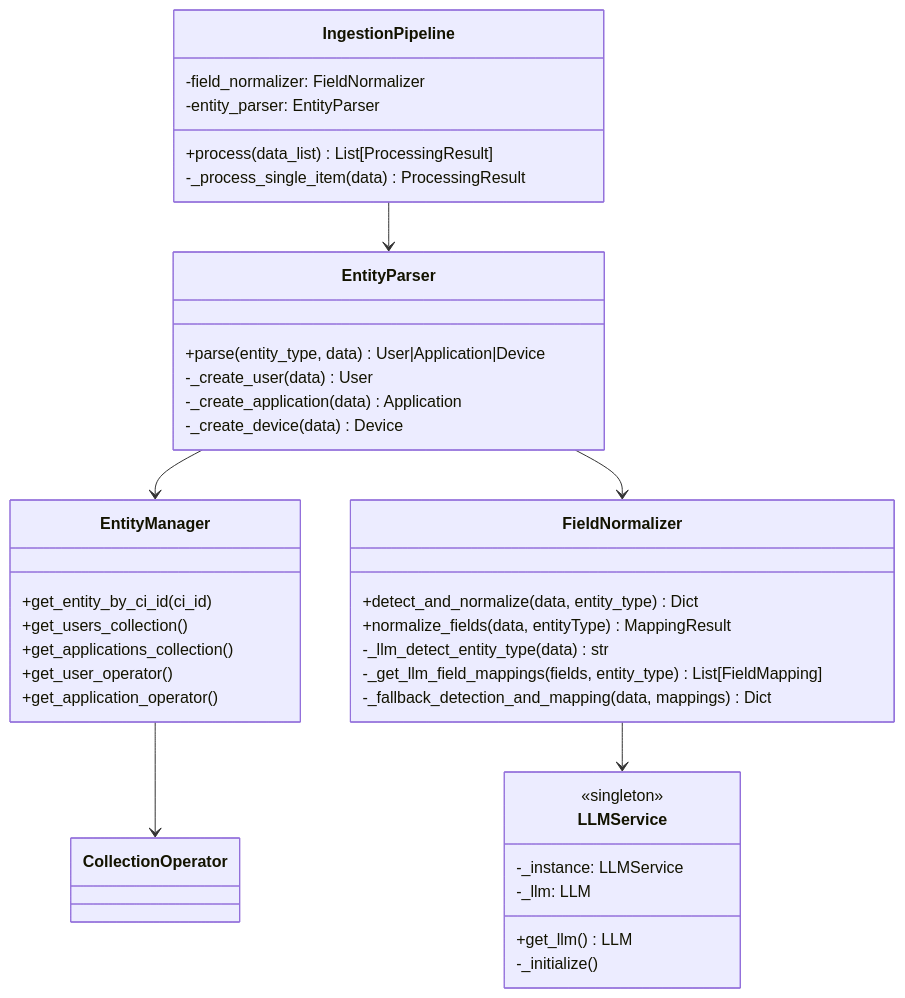
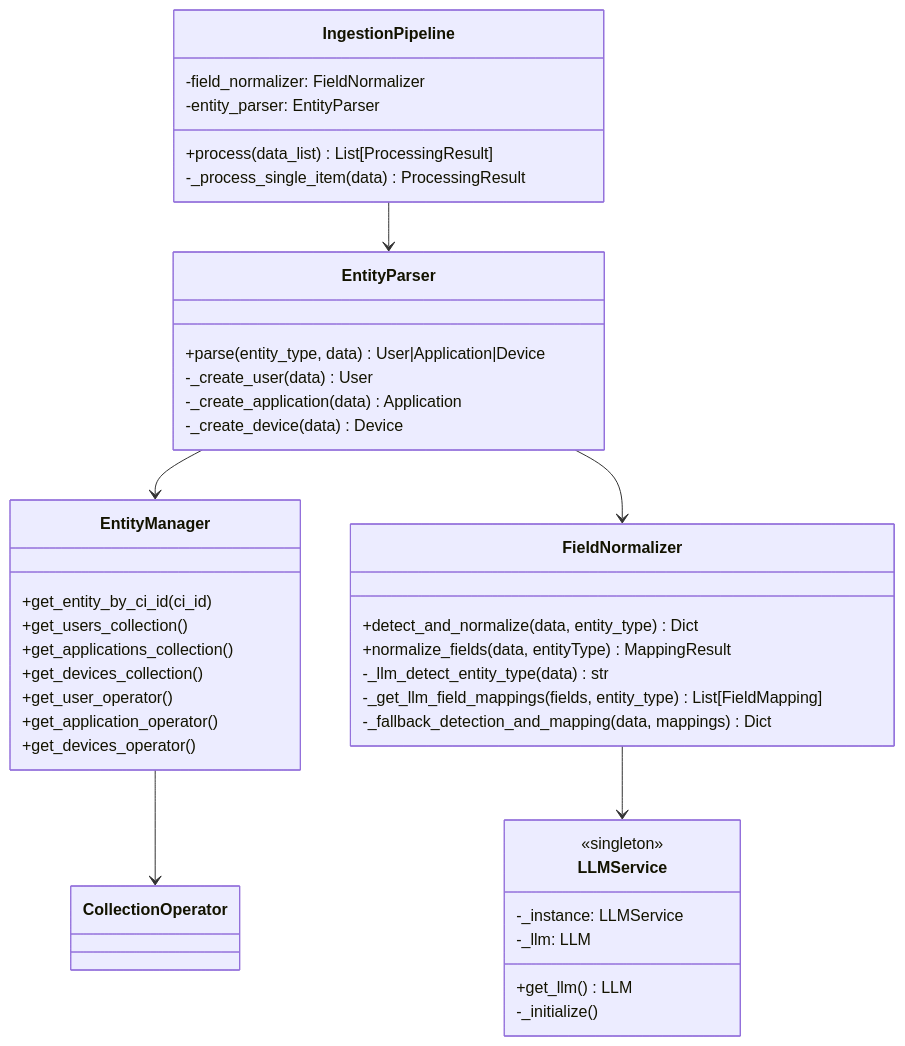
One commit to scherng/CMDBSvc changed the second of 3 diagrams in README.md. Above: the diagram before and after it, drawn with Mermaid. The commit also changed other lines of this file and 3 other files, not shown here.

````diff
--- a/README.md
+++ b/README.md
@@ -77,46 +77,48 @@
 ```mermaid
 classDiagram
     class IngestionPipeline {
         -field_normalizer: FieldNormalizer
         -entity_parser: EntityParser
         +process(data_list) List[ProcessingResult]
         -_process_single_item(data) ProcessingResult
     }
 
     class FieldNormalizer {
         +detect_and_normalize(data, entity_type) Dict
         +normalize_fields(data, entityType) MappingResult
         -_llm_detect_entity_type(data) str
         -_get_llm_field_mappings(fields, entity_type) List[FieldMapping]
         -_fallback_detection_and_mapping(data, mappings) Dict
     }
 
     class EntityParser {
         +parse(entity_type, data) User|Application|Device
         -_create_user(data) User
         -_create_application(data) Application
         -_create_device(data) Device
     }
     
     class EntityManager{
         +get_entity_by_ci_id(ci_id)
         +get_users_collection()
         +get_applications_collection()
+        +get_devices_collection()
         +get_user_operator()
         +get_application_operator()
+        +get_devices_operator()
     }
 
     class LLMService {
         <<singleton>>
         -_instance: LLMService
         -_llm: LLM
         +get_llm() LLM
         -_initialize()
     }
 
     IngestionPipeline --> EntityParser
     EntityParser --> EntityManager
     EntityManager --> CollectionOperator
     EntityParser --> FieldNormalizer
     FieldNormalizer --> LLMService
 ```
````
